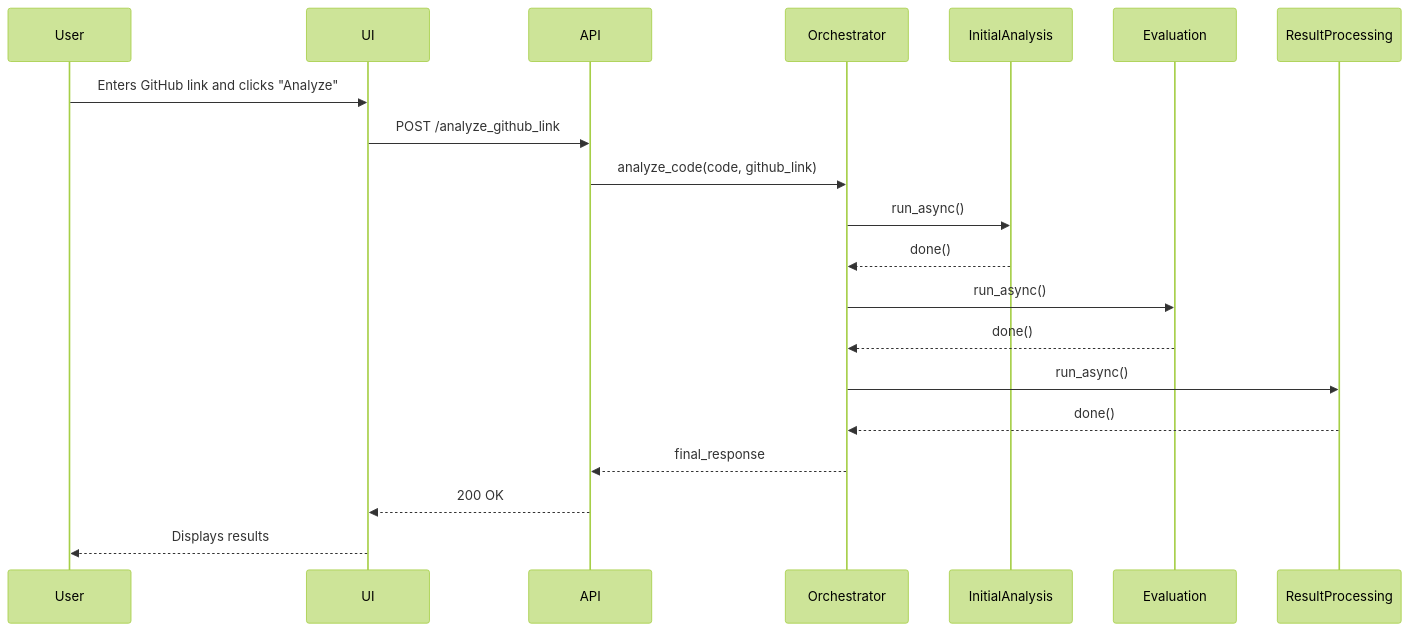
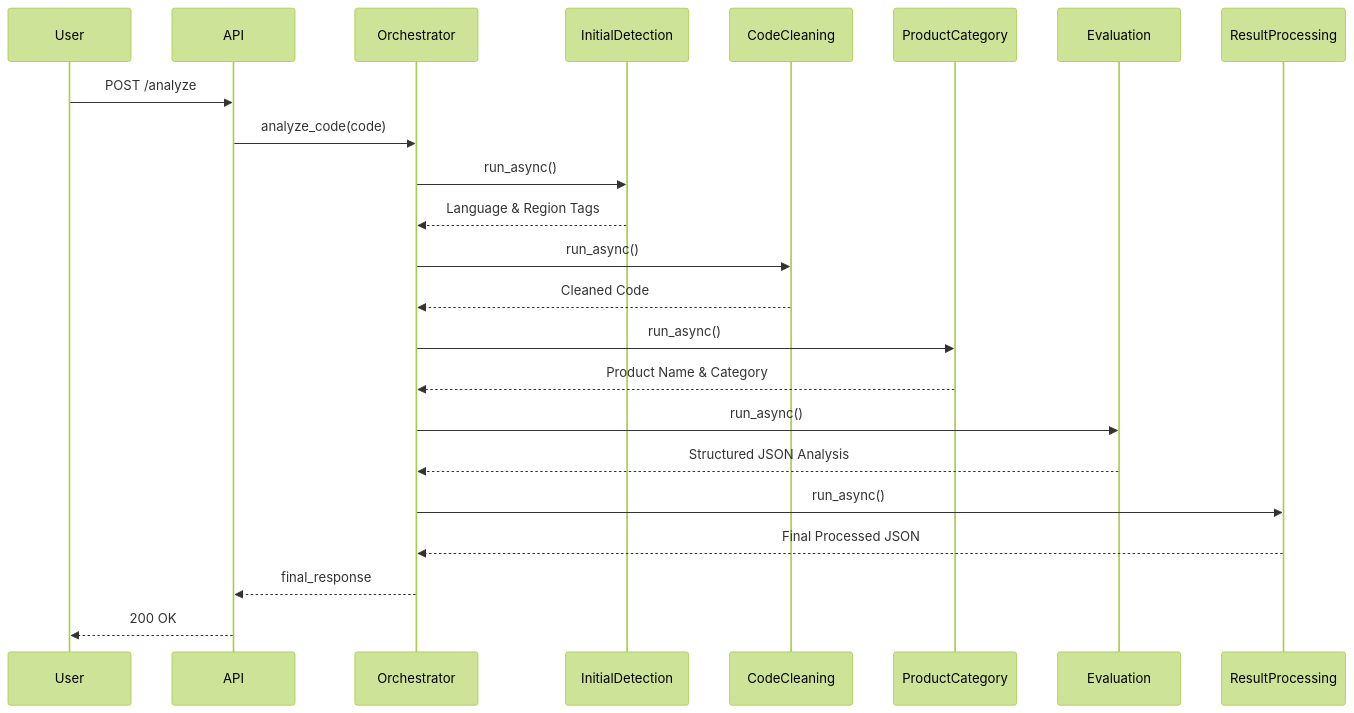
One commit to joeshirey/HealthScoringAgent changed the second of 2 diagrams in docs/TECHNICAL_DESIGN.md. Above: the diagram before and after it, drawn with Mermaid (forest theme). The commit also changed other lines of this file and 5 other files, not shown here.

````diff
--- a/docs/TECHNICAL_DESIGN.md
+++ b/docs/TECHNICAL_DESIGN.md
@@ -43,23 +50,26 @@
 ```mermaid
 sequenceDiagram
     participant User
-    participant UI
     participant API
     participant Orchestrator
-    participant InitialAnalysis
+    participant InitialDetection
+    participant CodeCleaning
+    participant ProductCategory
     participant Evaluation
     participant ResultProcessing
 
-    User->>UI: Enters GitHub link and clicks "Analyze"
-    UI->>API: POST /analyze_github_link
-    API->>Orchestrator: analyze_code(code, github_link)
-    Orchestrator->>InitialAnalysis: run_async()
-    InitialAnalysis-->>Orchestrator: done()
+    User->>API: POST /analyze
+    API->>Orchestrator: analyze_code(code)
+    Orchestrator->>InitialDetection: run_async()
+    InitialDetection-->>Orchestrator: Language & Region Tags
+    Orchestrator->>CodeCleaning: run_async()
+    CodeCleaning-->>Orchestrator: Cleaned Code
+    Orchestrator->>ProductCategory: run_async()
+    ProductCategory-->>Orchestrator: Product Name & Category
     Orchestrator->>Evaluation: run_async()
-    Evaluation-->>Orchestrator: done()
+    Evaluation-->>Orchestrator: Structured JSON Analysis
     Orchestrator->>ResultProcessing: run_async()
-    ResultProcessing-->>Orchestrator: done()
+    ResultProcessing-->>Orchestrator: Final Processed JSON
     Orchestrator-->>API: final_response
-    API-->>UI: 200 OK
-    UI-->>User: Displays results
+    API-->>User: 200 OK
 ```
````
